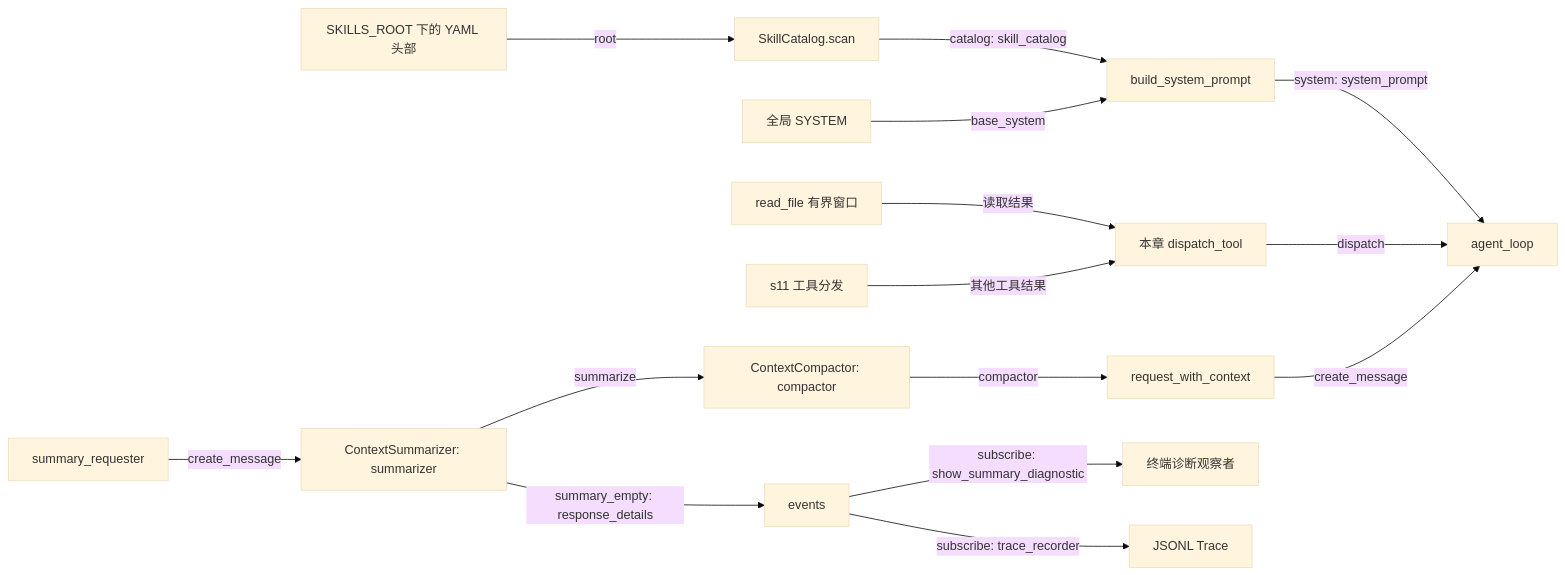
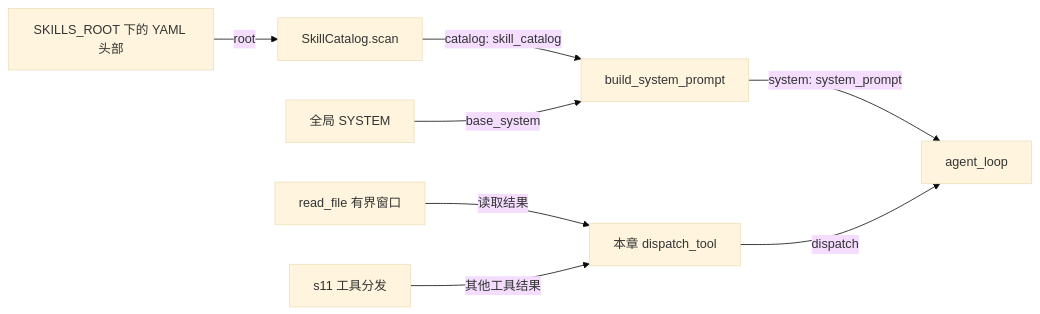
Before and after one commit to liuying151203-create/zero2pi: the second of 2 diagrams in s12_skill_loading/README.md, drawn with Mermaid (base theme). The commit also changed other lines of this file and 13 other files, not shown here.

````diff
--- a/s12_skill_loading/README.md
+++ b/s12_skill_loading/README.md
@@ -52,17 +49,10 @@
 ```mermaid
 flowchart LR
     A[SKILLS_ROOT 下的 YAML 头部] -->|root| B[SkillCatalog.scan]
     B -->|catalog: skill_catalog| C[build_system_prompt]
     D[全局 SYSTEM] -->|base_system| C
     C -->|system: system_prompt| E[agent_loop]
     F[本章 dispatch_tool] -->|dispatch| E
     G[read_file 有界窗口] -->|读取结果| F
     H[s11 工具分发] -->|其他工具结果| F
-    I[summary_requester] -->|create_message| J[ContextSummarizer: summarizer]
-    J -->|summarize| K[ContextCompactor: compactor]
-    K -->|compactor| L[request_with_context]
-    L -->|create_message| E
-    J -->|summary_empty: response_details| M[events]
-    M -->|subscribe: show_summary_diagnostic| N[终端诊断观察者]
-    M -->|subscribe: trace_recorder| O[JSONL Trace]
 ```
````
